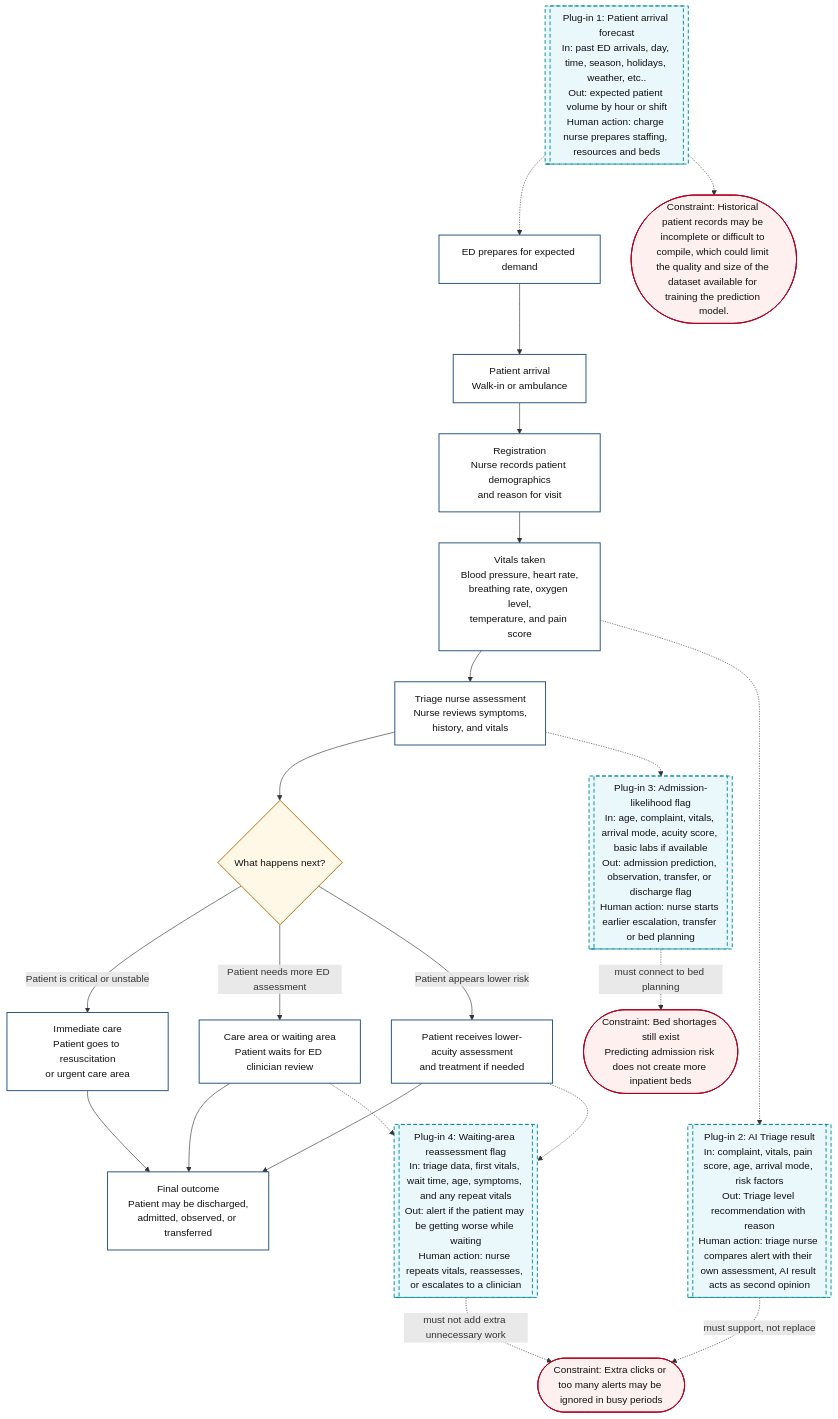
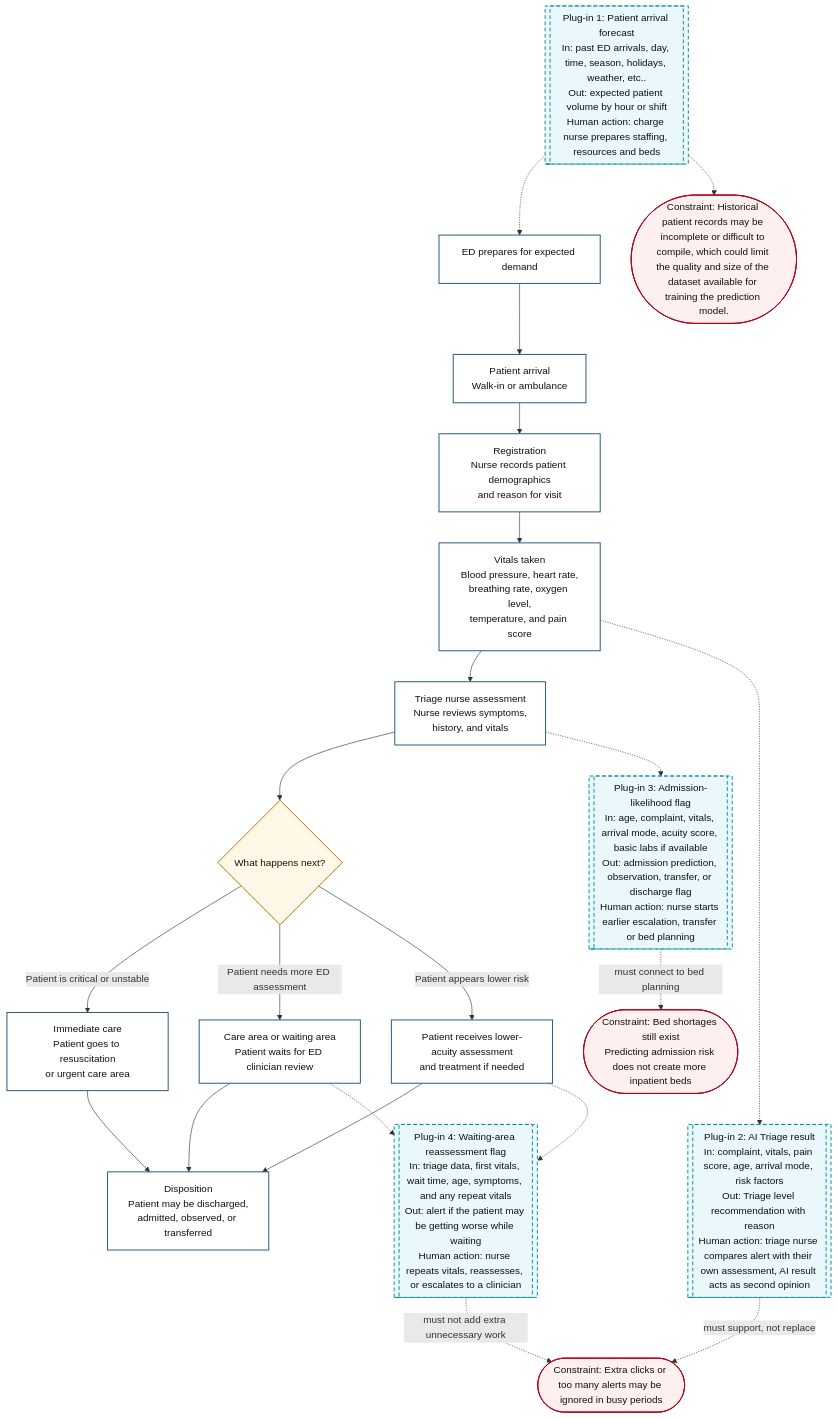
One commit to tinadams/carisurg-portfolio changed the diagram in docs/week_3_workflow_diagram.md. Above: the diagram before and after it, drawn with Mermaid.

Commit message:
Update final outcome label to disposition in diagram

````diff
--- a/docs/week_3_workflow_diagram.md
+++ b/docs/week_3_workflow_diagram.md
@@ -1,61 +1,61 @@
 ```mermaid
 flowchart TD
 
 A[Patient arrival<br/>Walk-in or ambulance] --> B[Registration<br/>Nurse records patient demographics<br/>and reason for visit]
 
 B --> C[Vitals taken<br/>Blood pressure, heart rate,<br/>breathing rate, oxygen level,<br/>temperature, and pain score]
 
 C --> D[Triage nurse assessment<br/>Nurse reviews symptoms,<br/>history, and vitals]
 
 D --> E{What happens next?}
 
 E -->|Patient is critical or unstable| F[Immediate care<br/>Patient goes to resuscitation<br/>or urgent care area]
 
 E -->|Patient needs more ED assessment| G[Care area or waiting area<br/>Patient waits for ED clinician review]
 
 E -->|Patient appears lower risk| H[Patient receives lower-acuity assessment<br/>and treatment if needed]
 
 H --> I[Disposition<br/>Patient may be discharged,<br/>admitted, observed, or transferred]
 
 F --> I[Disposition<br/>Patient may be discharged,<br/>admitted, observed, or transferred]
 
-G --> I[Final outcome<br/>Patient may be discharged,<br/>admitted, observed, or transferred]
+G --> I[Disposition<br/>Patient may be discharged,<br/>admitted, observed, or transferred]
 
 AI1[[Plug-in 1: Patient arrival forecast<br/>In: past ED arrivals, day, time, season, holidays, weather, etc..<br/>Out: expected patient volume by hour or shift<br/>Human action: charge nurse prepares staffing, resources and beds]]
 
 AI2[[Plug-in 2: AI Triage result<br/>In: complaint, vitals, pain score, age, arrival mode, risk factors<br/>Out: Triage level recommendation with reason<br/>Human action: triage nurse compares alert with their own assessment, AI result acts as second opinion]]
 
 AI3[[Plug-in 3: Admission-likelihood flag<br/>In: age, complaint, vitals, arrival mode, acuity score, basic labs if available<br/>Out: admission prediction, observation, transfer, or discharge flag<br/>Human action: nurse starts earlier escalation, transfer or bed planning]]
 
 AI4[[Plug-in 4: Waiting-area reassessment flag<br/>In: triage data, first vitals, wait time, age, symptoms, and any repeat vitals<br/>Out: alert if the patient may be getting worse while waiting<br/>Human action: nurse repeats vitals, reassesses, or escalates to a clinician]]
 
 PRE[ED prepares for expected demand]
 
 AI1 -.-> PRE
 PRE --> A
 D -.-> AI3
 C -.-> AI2
 G -.-> AI4
 H -.-> AI4
 
 C1([Constraint: Historical patient records may be incomplete or difficult to compile, which could limit the quality and size of the dataset available for training the prediction model.])
 
 C2([Constraint: Extra clicks or too many alerts may be ignored in busy periods])
 
 C3([Constraint: Bed shortages still exist<br/>Predicting admission risk does not create more inpatient beds])
 
 AI1 -.-> C1
 AI2 -. must support, not replace .-> C2
 AI3 -. must connect to bed planning .-> C3
 AI4 -. must not add extra unnecessary work .-> C2
 
 classDef process fill:#ffffff,stroke:#1f4e79,stroke-width:1.5px,color:#111;
 classDef decision fill:#fff8e6,stroke:#b36b00,stroke-width:1.5px,color:#111;
 classDef ai fill:#eaf7fb,stroke:#008c99,stroke-width:1.5px,stroke-dasharray: 6 4,color:#111;
 classDef constraint fill:#fff0f0,stroke:#b00020,stroke-width:1.5px,color:#111;
 
 class A,B,C,D,F,G,H,I,PRE process;
 class E decision;
 class AI1,AI2,AI3,AI4 ai;
 class C1,C2,C3 constraint;
 ```
````
